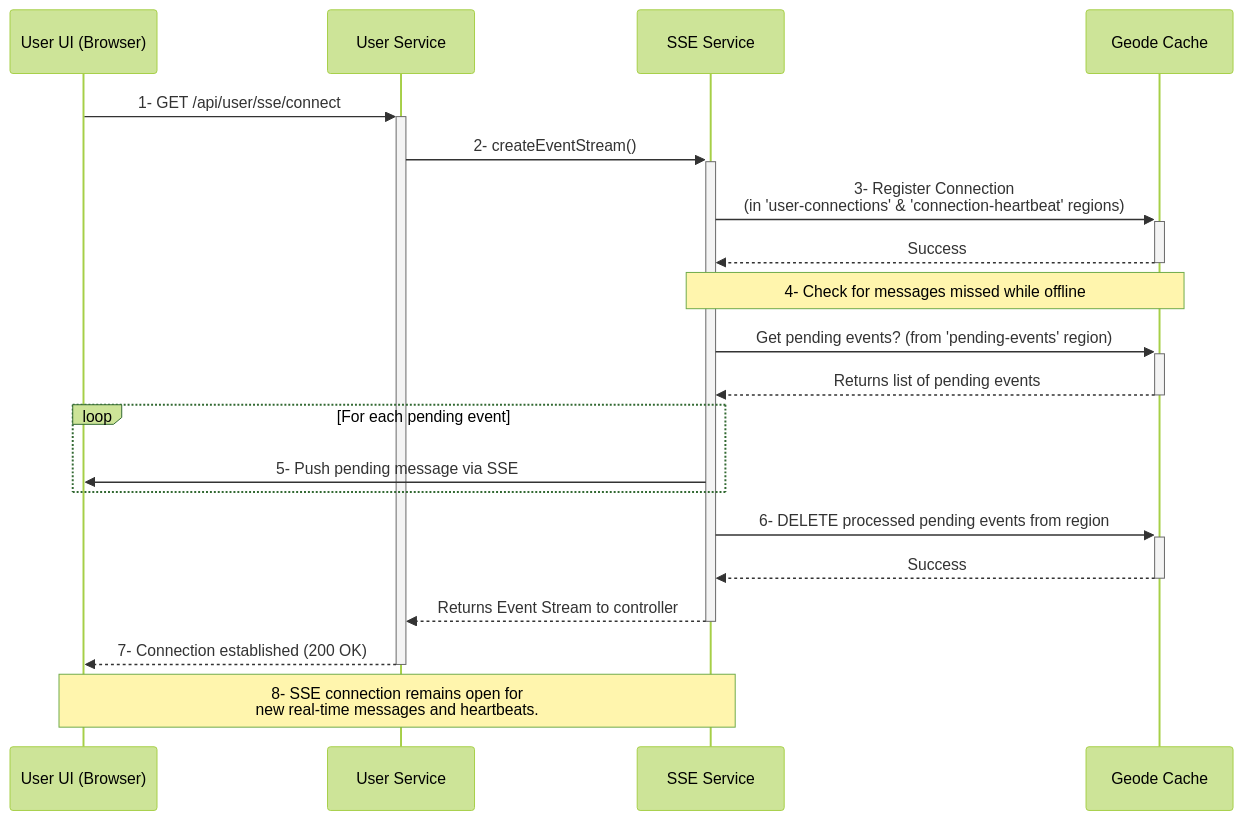
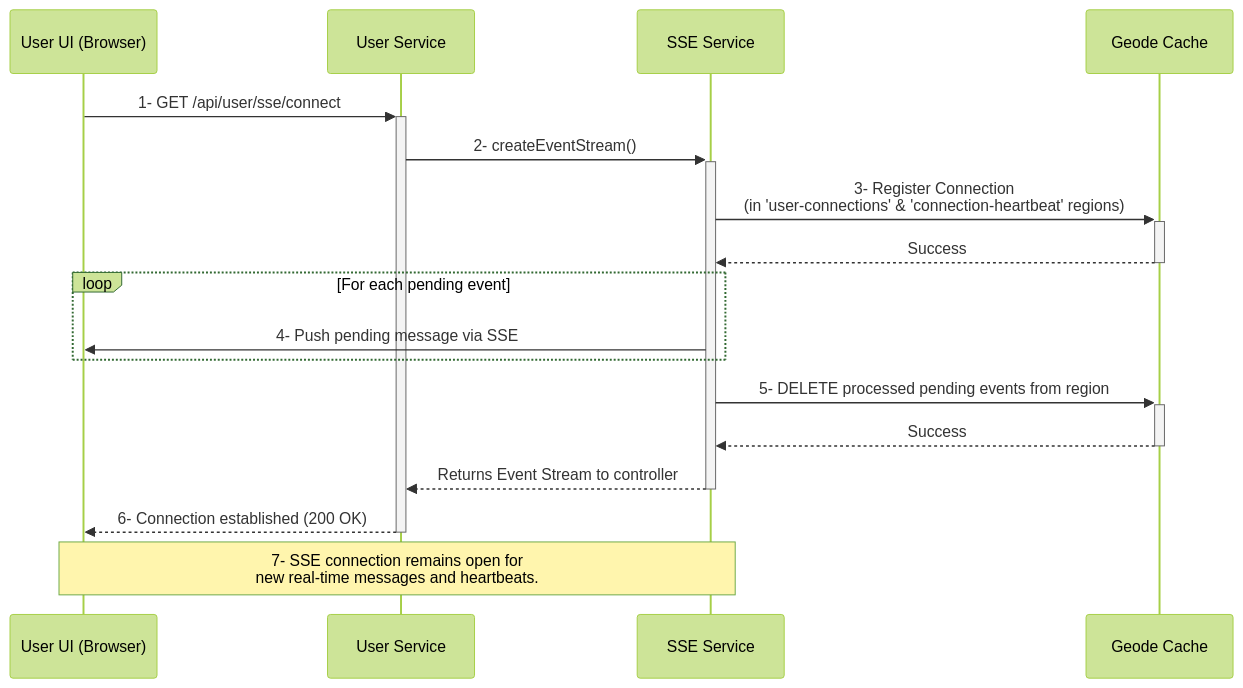
The diagram in MermaidDiagrams/seq-sse-connection&pending.mmd (rsrini7/Notification-SSE-GLM-Flux), drawn with Mermaid (forest theme) before and after one commit. The commit also changed 15 other files, not shown here.

First line of the commit message:
refactor(message-delivery): remove pending-events region and related functionality

```diff
--- a/MermaidDiagrams/seq-sse-connection&pending.mmd
+++ b/MermaidDiagrams/seq-sse-connection&pending.mmd
@@ -1,25 +1,21 @@
 sequenceDiagram
     participant UserUI as User UI (Browser)
     participant UserSvc as User Service
     participant SseSvc as SSE Service
     participant Geode as Geode Cache
     
     UserUI->>+UserSvc: 1- GET /api/user/sse/connect
     UserSvc->>+SseSvc: 2- createEventStream()
     SseSvc->>+Geode: 3- Register Connection<br/>(in 'user-connections' & 'connection-heartbeat' regions)
     Geode-->>-SseSvc: Success
     
-    Note over SseSvc, Geode: 4- Check for messages missed while offline
-    SseSvc->>+Geode: Get pending events? (from 'pending-events' region)
-    Geode-->>-SseSvc: Returns list of pending events
-    
     loop For each pending event
-        SseSvc->>UserUI: 5- Push pending message via SSE
+        SseSvc->>UserUI: 4- Push pending message via SSE
     end
     
-    SseSvc->>+Geode: 6- DELETE processed pending events from region
+    SseSvc->>+Geode: 5- DELETE processed pending events from region
     Geode-->>-SseSvc: Success
     SseSvc-->>-UserSvc: Returns Event Stream to controller
-    UserSvc-->>-UserUI: 7- Connection established (200 OK)
+    UserSvc-->>-UserUI: 6- Connection established (200 OK)
     
-    Note over UserUI, SseSvc: 8- SSE connection remains open for<br/>new real-time messages and heartbeats.
+    Note over UserUI, SseSvc: 7- SSE connection remains open for<br/>new real-time messages and heartbeats.
```
